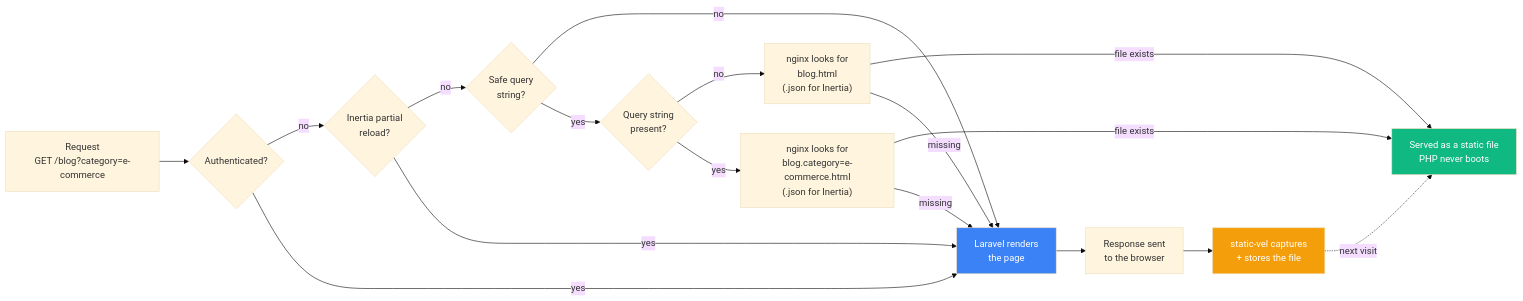
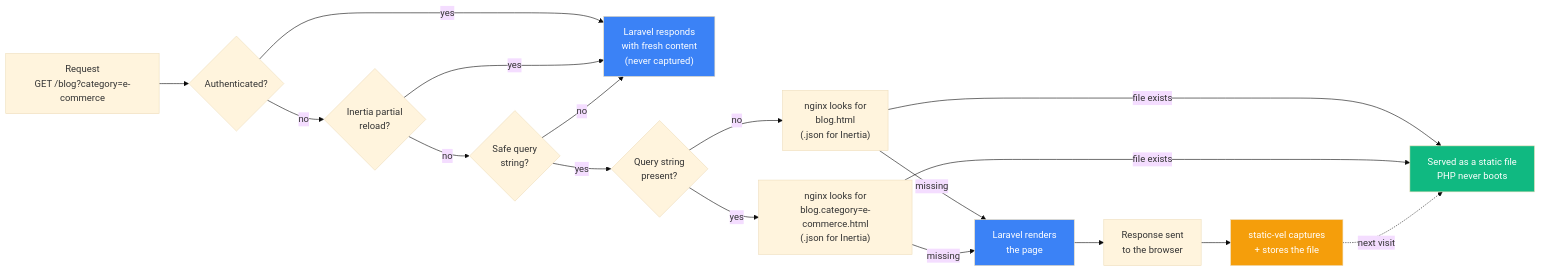
Before and after one commit to mehedimi/static-vel: the diagram in README.md, drawn with Mermaid (base theme).

Commit message:
Fix Mermaid diagram: bypass paths are never captured

````diff
--- a/README.md
+++ b/README.md
@@ -7,23 +7,24 @@
 ```mermaid
 flowchart LR
     A["Request<br/>GET /blog?category=e-commerce"] --> B{"Authenticated?"}
+    B -->|yes| NF["Laravel responds<br/>with fresh content<br/>(never captured)"]
     B -->|no| C{"Inertia partial<br/>reload?"}
-    B -->|yes| L["Laravel renders<br/>the page"]
+    C -->|yes| NF
     C -->|no| D{"Safe query<br/>string?"}
-    C -->|yes| L
-    D -->|no| L
+    D -->|no| NF
     D -->|yes| E{"Query string<br/>present?"}
     E -->|no| F["nginx looks for<br/>blog.html<br/>(.json for Inertia)"]
     E -->|yes| G["nginx looks for<br/>blog.category=e-commerce.html<br/>(.json for Inertia)"]
     F -->|file exists| S["Served as a static file<br/>PHP never boots"]
     G -->|file exists| S
-    F -->|missing| L
+    F -->|missing| L["Laravel renders<br/>the page"]
     G -->|missing| L
     L --> T["Response sent<br/>to the browser"]
     T --> U["static-vel captures<br/>+ stores the file"]
     U -.->|next visit| S
 
     style S fill:#10b981,color:#ffffff
     style L fill:#3b82f6,color:#ffffff
+    style NF fill:#3b82f6,color:#ffffff
     style U fill:#f59e0b,color:#ffffff
 ```
````
